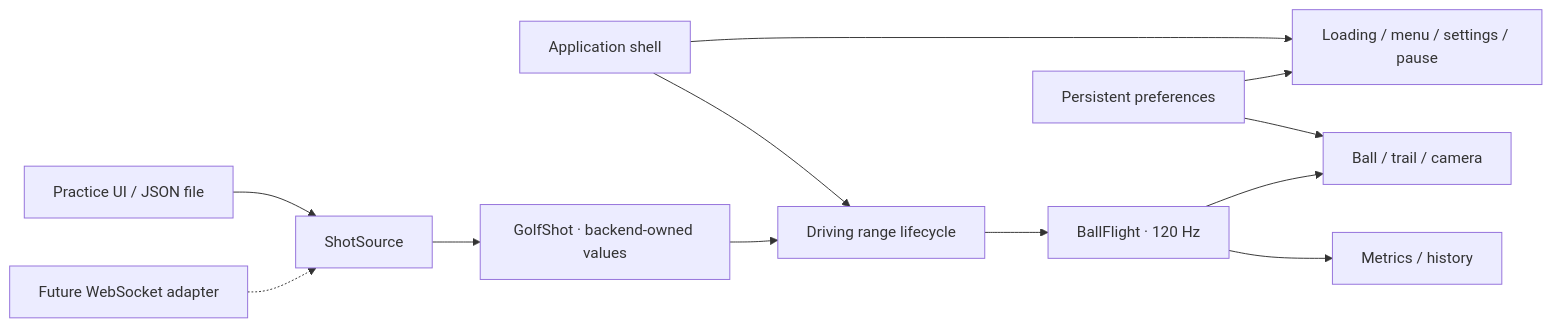
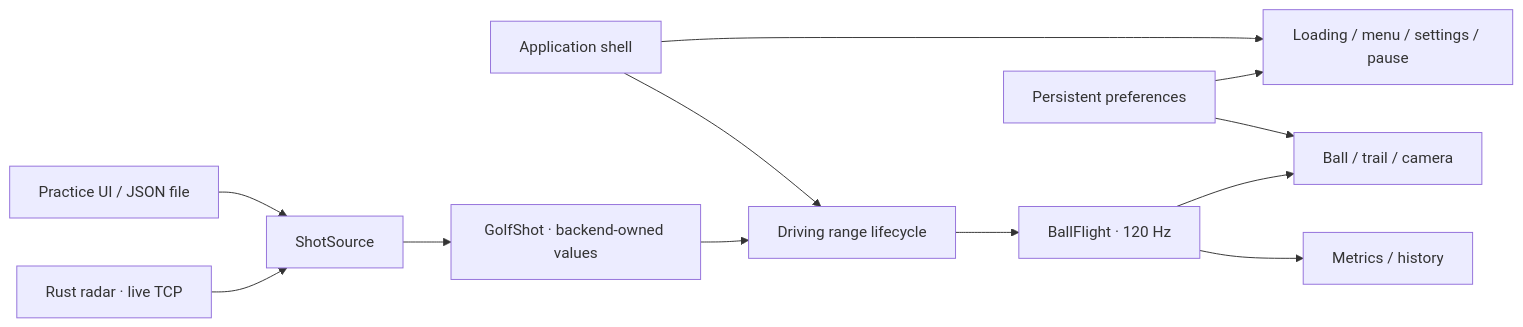
One commit to MadsRantzau49/golfistuen changed the diagram in golf_game/README.md. Above: the diagram before and after it, drawn with Mermaid. The commit also changed other lines of this file and 22 other files, not shown here.

````diff
--- a/golf_game/README.md
+++ b/golf_game/README.md
@@ -258,14 +258,14 @@
 ```mermaid
 flowchart LR
     App[Application shell] --> Menu[Loading / menu / settings / pause]
     App --> Range[Driving range lifecycle]
     Demo[Practice UI / JSON file] --> Source[ShotSource]
-    Radar[Future WebSocket adapter] -.-> Source
+    Radar[Rust radar · live TCP] --> Source
     Source --> Contract[GolfShot · backend-owned values]
     Contract --> Range
     Range --> Model[BallFlight · 120 Hz]
     Model --> Visual[Ball / trail / camera]
     Model --> HUD[Metrics / history]
     Settings[Persistent preferences] --> Menu
     Settings --> Visual
 ```
````
